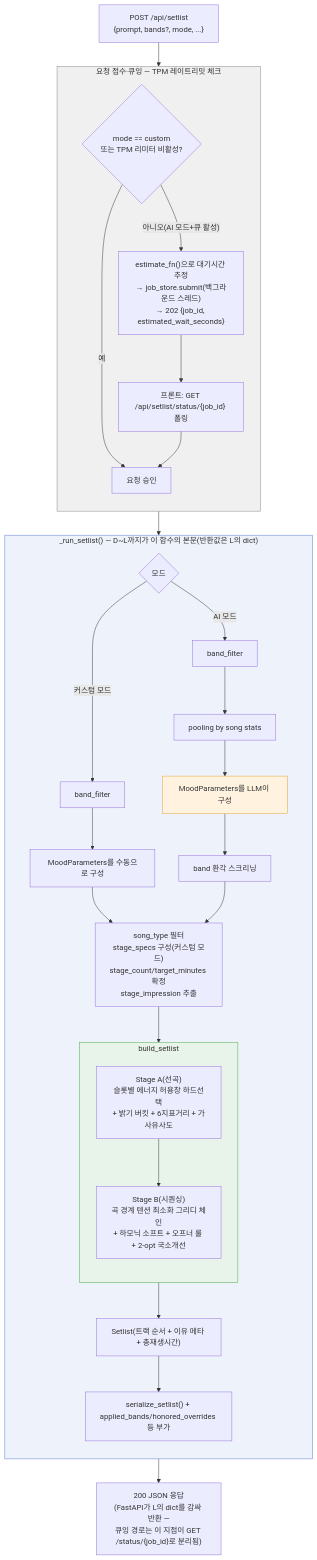
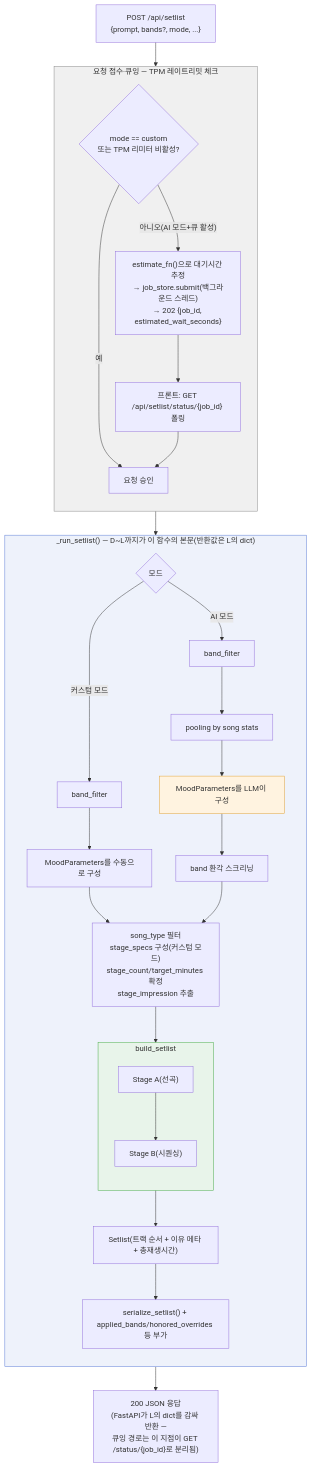
The first of 2 diagrams in archive/version/v2/01-prompt-to-playlist-flow.md (sbb2002/bandori-playlist-maker), drawn with Mermaid before and after one commit. The commit also changed other lines of this file, not shown here.

Commit message:
docs(v2-flow): Stage A/B 표기 통일(SELECT/SEQUENCE -> 선곡/시퀀싱), 노드 설명은 본문 절로 이관
SA/SB 다이어그램 노드에서 세부 설명(밝기 버킷·6지표거리·가사유사도 / 텐션최소화
그리디체인·하모닉소프트·오프너룰·2-opt)을 제거 — 이미 아래 "Stage A/B" 절에
자세히 기술돼 있어 중복이었음. 본문 절 제목도 SELECT/SEQUENCE -> 선곡/시퀀싱으로.

````diff
--- a/archive/version/v2/01-prompt-to-playlist-flow.md
+++ b/archive/version/v2/01-prompt-to-playlist-flow.md
@@ -14,44 +14,44 @@
 ```mermaid
 flowchart TD
     A["POST /api/setlist<br/>{prompt, bands?, mode, ...}"] --> B
 
     subgraph INTAKE["요청 접수·큐잉 — TPM 레이트리밋 체크"]
         direction TB
         B{"mode == custom<br/>또는 TPM 리미터 비활성?"}
         B -- "예" --> APPROVE["요청 승인"]
         B -- "아니오(AI 모드+큐 활성)" --> Q["estimate_fn()으로 대기시간 추정<br/>→ job_store.submit(백그라운드 스레드)<br/>→ 202 {job_id, estimated_wait_seconds}"]
         Q --> QP["프론트: GET /api/setlist/status/{job_id} 폴링"]
         QP --> APPROVE
     end
 
     APPROVE --> RUN
 
     subgraph RUN["_run_setlist() — D~L까지가 이 함수의 본문(반환값은 L의 dict)"]
         direction TB
         E{"모드"}
         E -- "커스텀 모드" --> D1["band_filter"]
         D1 --> E1["MoodParameters를 수동으로 구성"]
         E -- "AI 모드" --> D2["band_filter"]
         D2 --> E2["pooling by song stats"]
         E2 --> LLM["MoodParameters를 LLM이 구성"]
         LLM --> G["band 환각 스크리닝"]
         E1 --> H
         G --> H["song_type 필터<br/>stage_specs 구성(커스텀 모드)<br/>stage_count/target_minutes 확정<br/>stage_impression 추출"]
         H --> SEL
 
         subgraph SEL["build_setlist"]
             direction TB
-            SA["Stage A(선곡)<br/>슬롯별 에너지 허용창 하드선택<br/>+ 밝기 버킷 + 6지표거리 + 가사유사도"]
-            SA --> SB["Stage B(시퀀싱)<br/>곡 경계 텐션 최소화 그리디 체인<br/>+ 하모닉 소프트 + 오프너 룰 + 2-opt 국소개선"]
+            SA["Stage A(선곡)"]
+            SA --> SB["Stage B(시퀀싱)"]
         end
         SEL --> K["Setlist(트랙 순서 + 이유 메타 + 총재생시간)"]
         K --> L["serialize_setlist() + applied_bands/honored_overrides 등 부가"]
     end
 
     RUN --> M["200 JSON 응답<br/>(FastAPI가 L의 dict를 감싸 반환 —<br/>큐잉 경로는 이 지점이 GET /status/{job_id}로 분리됨)"]
 
     style INTAKE fill:#f0f0f0,stroke:#888
     style RUN fill:#eef2fb,stroke:#5a7bd6
     style LLM fill:#fff3e0,stroke:#e0a030
     style SEL fill:#e8f4ea,stroke:#4a4
 ```
````
